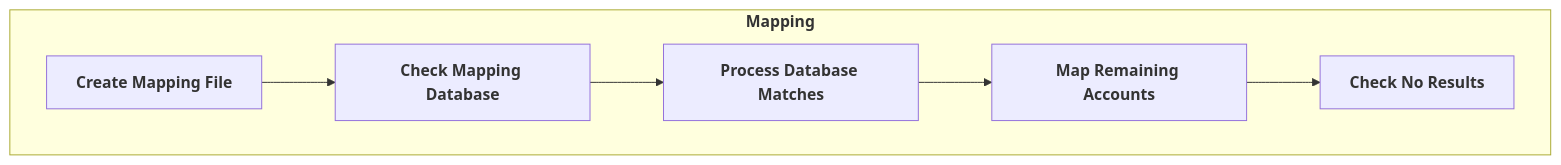
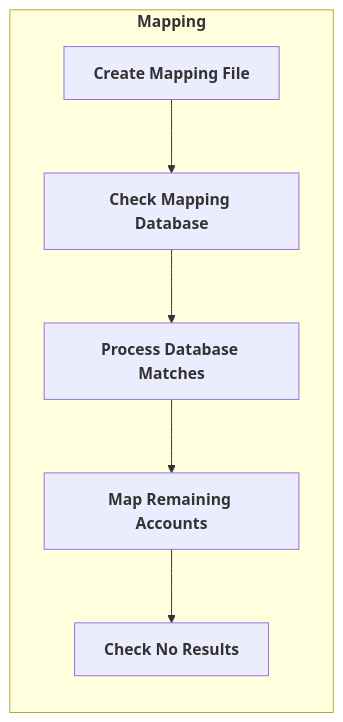
One commit to vistra-muniagg/List-Management-Tool changed the eighth of 8 diagrams in DIAGRAMS.md. Above: the diagram before and after it, drawn with Mermaid.

Commit message:
Change direction of mapping subgraph from LR to TB

````diff
--- a/DIAGRAMS.md
+++ b/DIAGRAMS.md
@@ -309,24 +309,24 @@
 ```mermaid
 
 %%{init: {
   "theme": "base",
   "themeVariables": {
     "fontSize": "12px",
     "fontFamily": "Segoe UI",
     "primaryColor": "#eef6ff",          %% node fill
     "primaryBorderColor": "#1e40af",    %% node border
     "primaryTextColor": "#0f172a",      %% node text
     "lineColor": "#1e40af"
   }
 }}%%
 
 graph TD
 
     subgraph mapping["<b>Mapping</b>"]
-    direction LR
+    direction TB
         populate_mapping["<b>Create Mapping File</b>"] --> query_db["<b>Check Mapping Database</b>"] --> process_db_results["<b>Process Database Matches</b>"]
         process_db_results --> map_remaining["<b>Map Remaining Accounts</b>"] --> no_results["<b>Check No Results</b>"]
     end
 
 
 ```
````
